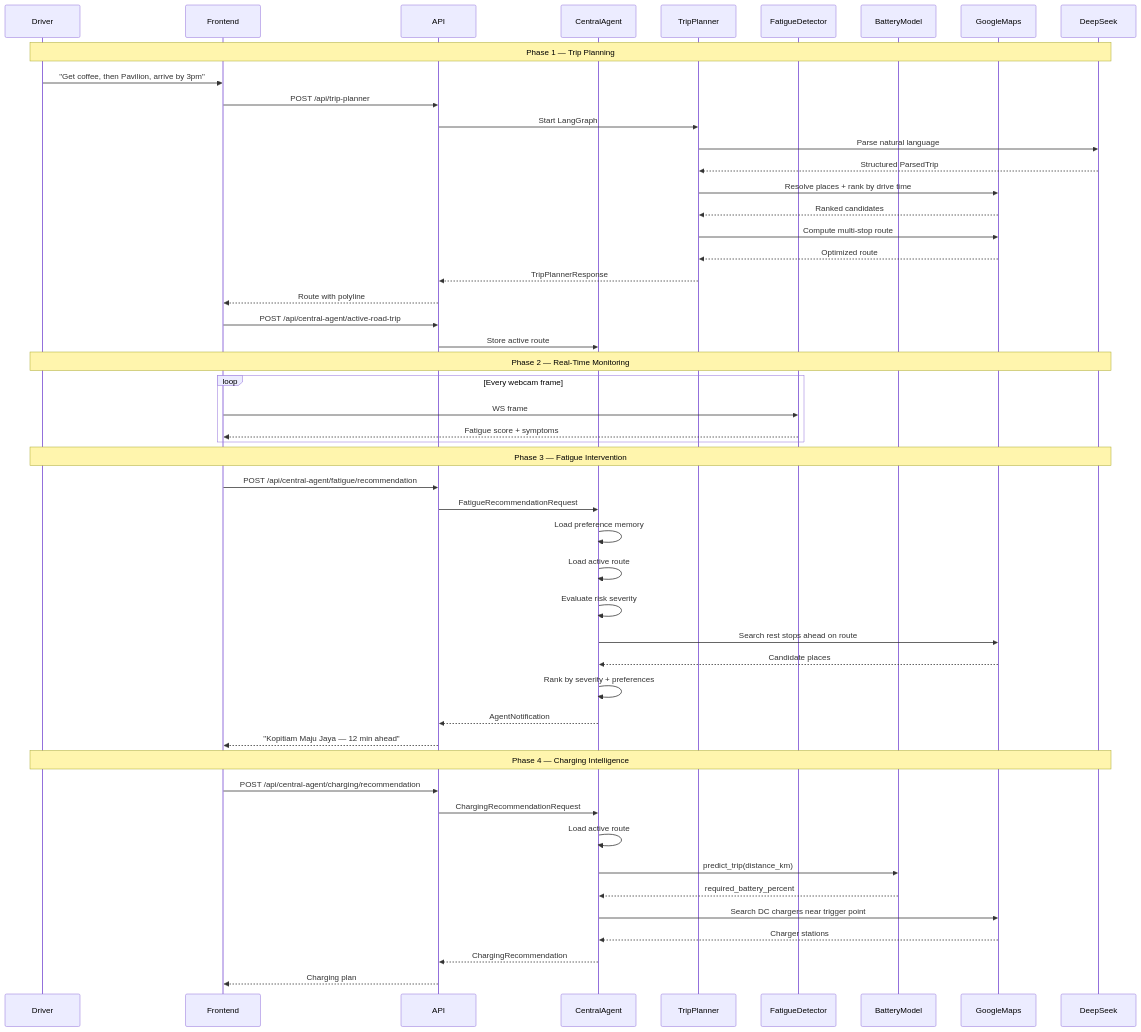
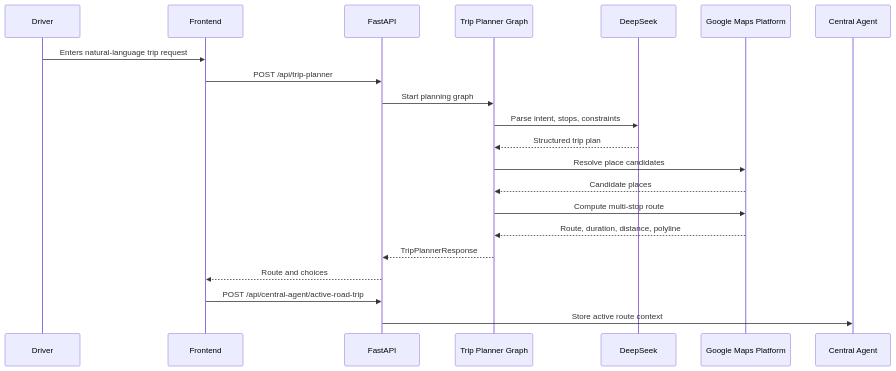
One commit to ethanlxz/mercedes-hackathon-2026 changed the fourth of 7 diagrams in README.md. Above: the diagram before and after it, drawn with Mermaid. The commit also changed other lines of this file and 17 other files, not shown here.

````diff
--- a/README.md
+++ b/README.md
@@ -206,60 +322,24 @@
 ```mermaid
 sequenceDiagram
     participant Driver
     participant Frontend
-    participant API
-    participant CentralAgent
-    participant TripPlanner
-    participant FatigueDetector
-    participant BatteryModel
-    participant GoogleMaps
+    participant API as FastAPI
+    participant Planner as Trip Planner Graph
     participant DeepSeek
+    participant Google as Google Maps Platform
+    participant Agent as Central Agent
 
-    Note over Driver,DeepSeek: Phase 1 — Trip Planning
-
-    Driver->>Frontend: "Get coffee, then Pavilion, arrive by 3pm"
+    Driver->>Frontend: Enters natural-language trip request
     Frontend->>API: POST /api/trip-planner
-    API->>TripPlanner: Start LangGraph
-    TripPlanner->>DeepSeek: Parse natural language
-    DeepSeek-->>TripPlanner: Structured ParsedTrip
-    TripPlanner->>GoogleMaps: Resolve places + rank by drive time
-    GoogleMaps-->>TripPlanner: Ranked candidates
-    TripPlanner->>GoogleMaps: Compute multi-stop route
-    GoogleMaps-->>TripPlanner: Optimized route
-    TripPlanner-->>API: TripPlannerResponse
-    API-->>Frontend: Route with polyline
+    API->>Planner: Start planning graph
+    Planner->>DeepSeek: Parse intent, stops, constraints
+    DeepSeek-->>Planner: Structured trip plan
+    Planner->>Google: Resolve place candidates
+    Google-->>Planner: Candidate places
+    Planner->>Google: Compute multi-stop route
+    Google-->>Planner: Route, duration, distance, polyline
+    Planner-->>API: TripPlannerResponse
+    API-->>Frontend: Route and choices
     Frontend->>API: POST /api/central-agent/active-road-trip
-    API->>CentralAgent: Store active route
-
-    Note over Driver,DeepSeek: Phase 2 — Real-Time Monitoring
-
-    loop Every webcam frame
-        Frontend->>FatigueDetector: WS frame
-        FatigueDetector-->>Frontend: Fatigue score + symptoms
-    end
-
-    Note over Driver,DeepSeek: Phase 3 — Fatigue Intervention
-
-    Frontend->>API: POST /api/central-agent/fatigue/recommendation
-    API->>CentralAgent: FatigueRecommendationRequest
-    CentralAgent->>CentralAgent: Load preference memory
-    CentralAgent->>CentralAgent: Load active route
-    CentralAgent->>CentralAgent: Evaluate risk severity
-    CentralAgent->>GoogleMaps: Search rest stops ahead on route
-    GoogleMaps-->>CentralAgent: Candidate places
-    CentralAgent->>CentralAgent: Rank by severity + preferences
-    CentralAgent-->>API: AgentNotification
-    API-->>Frontend: "Kopitiam Maju Jaya — 12 min ahead"
-
-    Note over Driver,DeepSeek: Phase 4 — Charging Intelligence
-
-    Frontend->>API: POST /api/central-agent/charging/recommendation
-    API->>CentralAgent: ChargingRecommendationRequest
-    CentralAgent->>CentralAgent: Load active route
-    CentralAgent->>BatteryModel: predict_trip(distance_km)
-    BatteryModel-->>CentralAgent: required_battery_percent
-    CentralAgent->>GoogleMaps: Search DC chargers near trigger point
-    GoogleMaps-->>CentralAgent: Charger stations
-    CentralAgent-->>API: ChargingRecommendation
-    API-->>Frontend: Charging plan
+    API->>Agent: Store active route context
 ```
````
